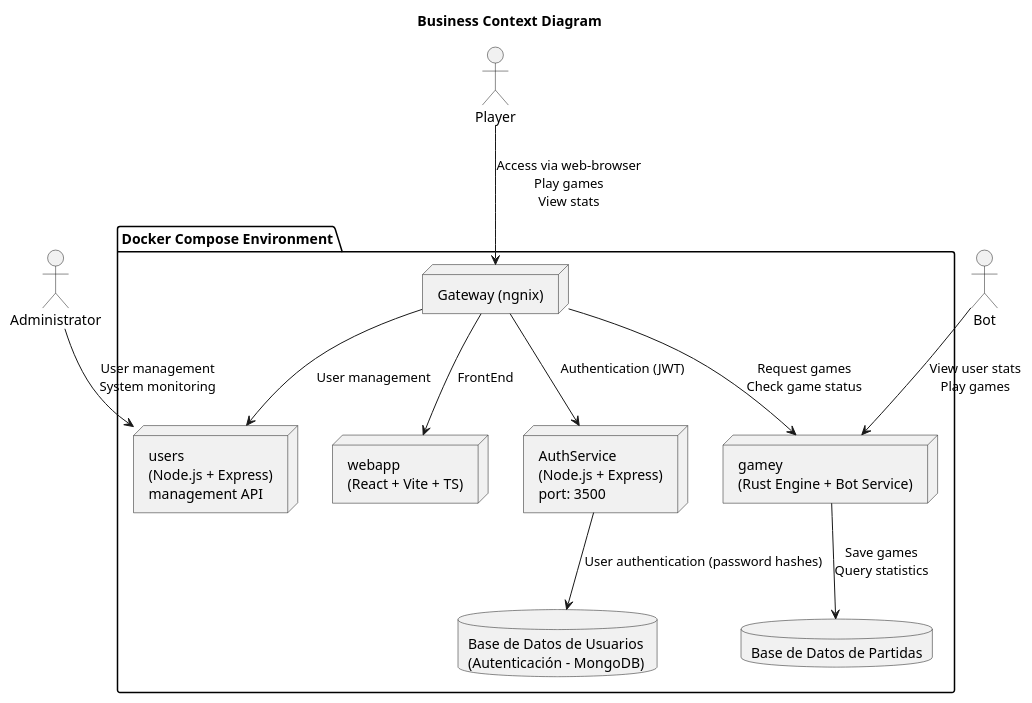
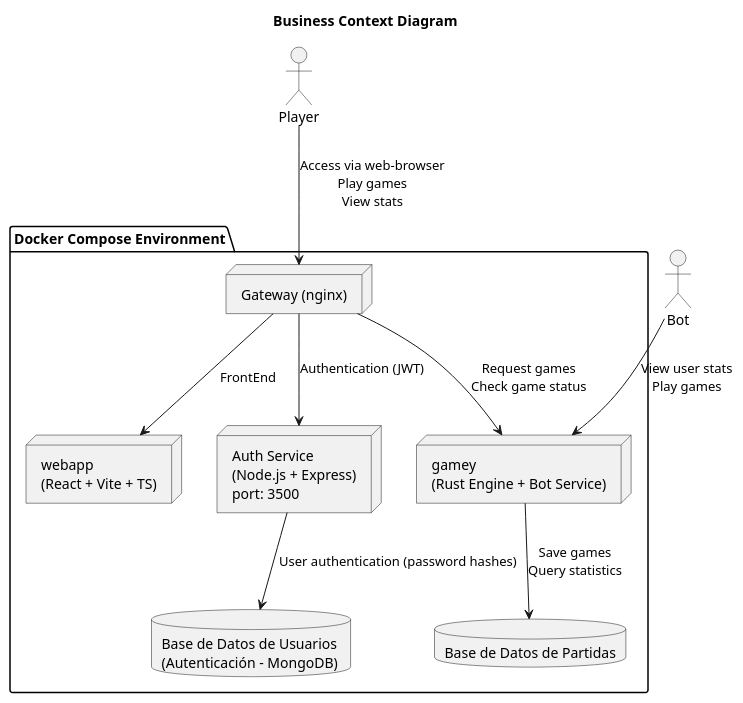
One commit to Arquisoft/yovi_es4b changed the first of 2 diagrams in docs/src/03_context_and_scope.adoc. Above: the diagram before and after it, drawn with PlantUML. The commit also changed other lines of this file and 6 other files, not shown here.

```diff
--- a/docs/src/03_context_and_scope.adoc
+++ b/docs/src/03_context_and_scope.adoc
@@ -16,33 +16,29 @@
 [plantuml, target=business-context-diagram, format=png]
 ----
 @startuml
 title Business Context Diagram
 
-actor Administrator
 actor Player
 actor Bot
 
 package "Docker Compose Environment" {
-    node "Gateway (ngnix)" as Gateway
+    node "Gateway (nginx)" as Gateway
     node "webapp\n(React + Vite + TS)" as WebApp
-    node "users\n(Node.js + Express)\nmanagement API" as Users
-    node "AuthService\n(Node.js + Express)\nport: 3500" as Auth
+    node "Auth Service\n(Node.js + Express)\nport: 3500" as Auth
     node "gamey\n(Rust Engine + Bot Service)" as Gamey
     database "Base de Datos de Usuarios \n(Autenticación - MongoDB)" as UserDB
     database "Base de Datos de Partidas" as GameDB
 }
 
 ' Relaciones de actores
 Player --> Gateway : Access via web-browser\nPlay games\nView stats
 Gateway --> WebApp : FrontEnd
-Administrator --> Users : User management\nSystem monitoring
 Bot --> Gamey : View user stats\nPlay games
 
  ' Internal services interactions
 Gateway --> Auth : Authentication (JWT)\n
-Gateway --> Users : User management
 Gateway --> Gamey : Request games\nCheck game status
 Auth --> UserDB : User authentication (password hashes)
 Gamey --> GameDB : Save games\nQuery statistics
 @enduml
 ----
```
